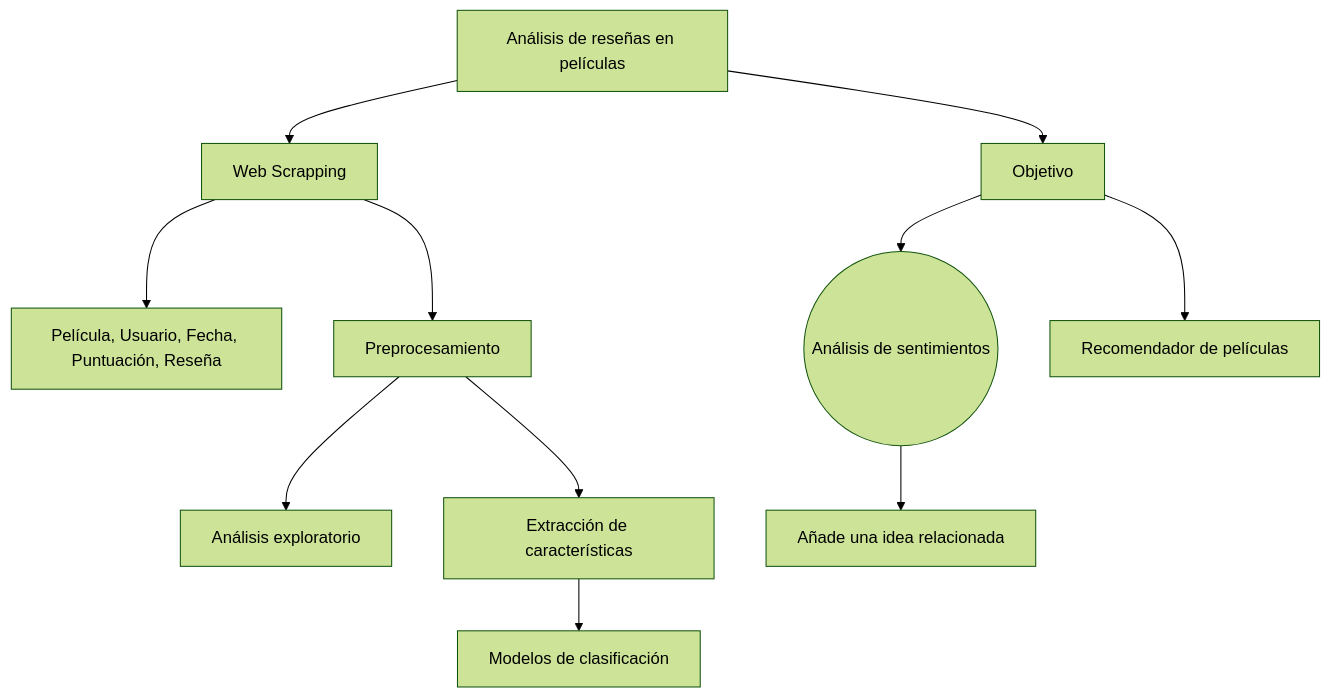
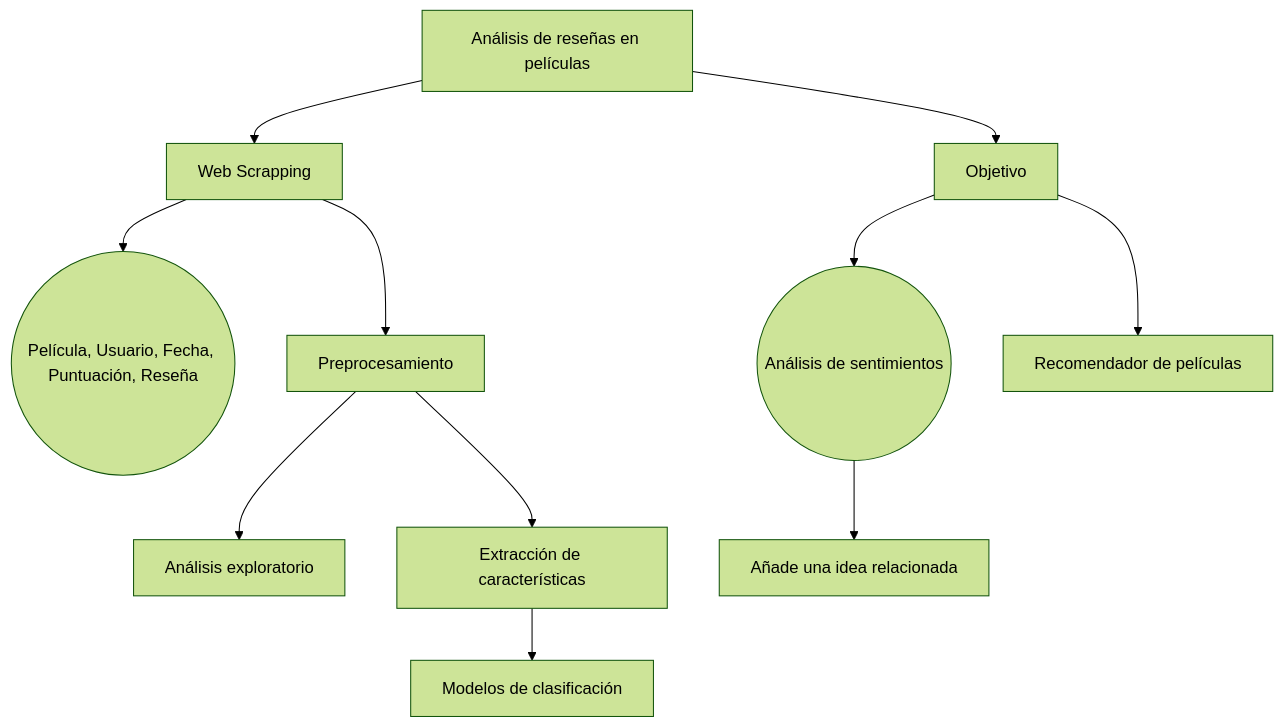
The first of 3 diagrams in README.md (jugarbus/Proyecto_NLP), drawn with Mermaid (forest theme) before and after one commit. The commit also changed other lines of this file, not shown here.

````diff
--- a/README.md
+++ b/README.md
@@ -3,13 +3,13 @@
 ```mermaid
 graph TD
     A[Análisis de reseñas en películas] --> B[Web Scrapping]
-    B --> C[Película, Usuario, Fecha, Puntuación, Reseña]
+    B --> C((Película, Usuario, Fecha, Puntuación, Reseña))
     B --> D[Preprocesamiento]
     D --> E[Análisis exploratorio]
     D --> F[Extracción de características]
     F --> G[Modelos de clasificación]
     A --> H[Objetivo]
     H --> I((Análisis de sentimientos))
     H --> J[Recomendador de películas]
     I --> K[Añade una idea relacionada]
 ```
````
